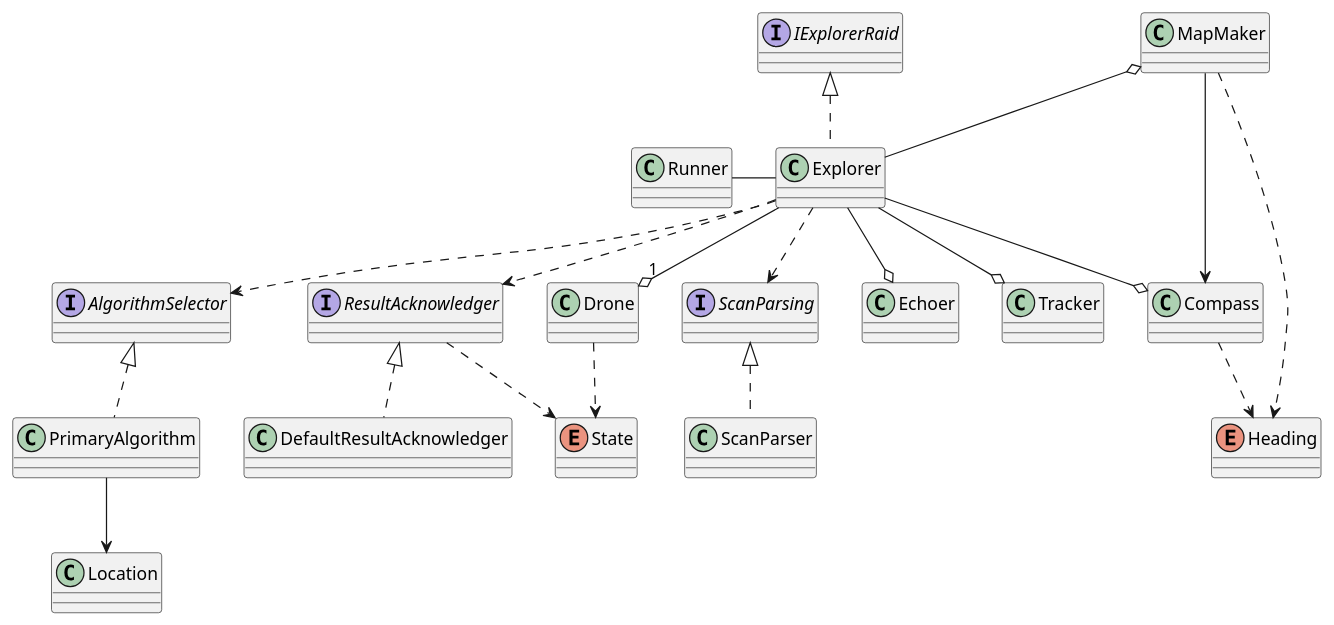
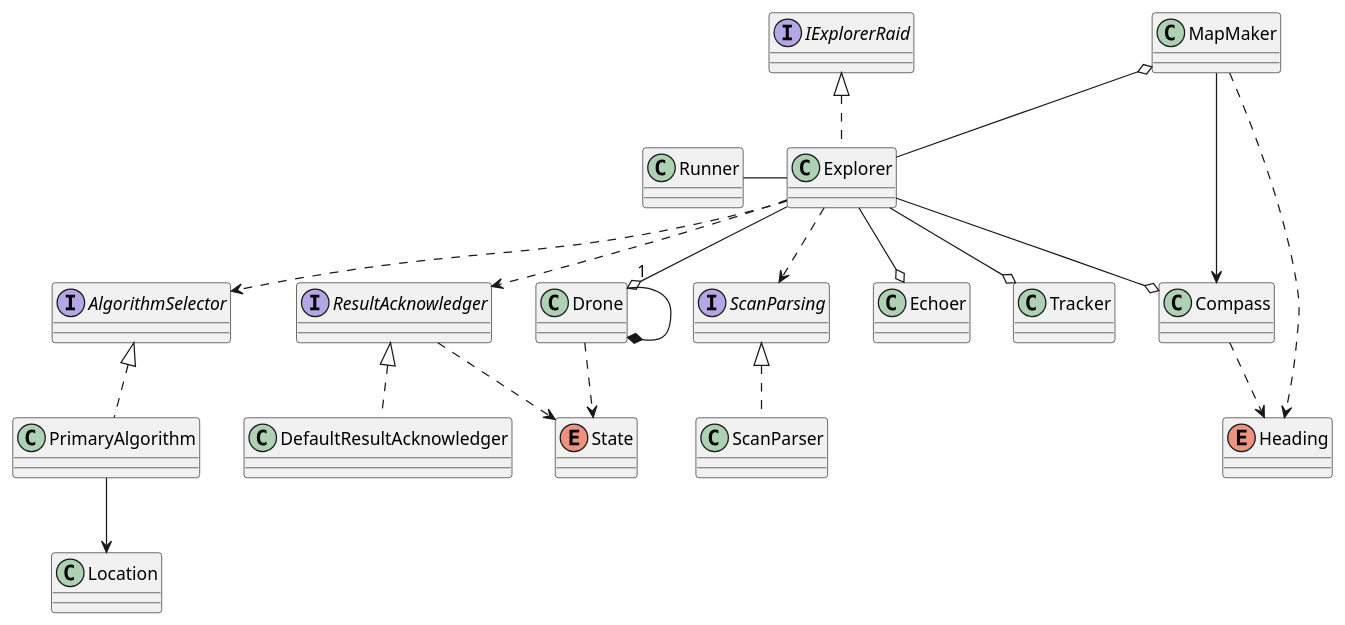
The diagram in UML Diagrams/HighLevelUML.plantuml (nehadst/Drone-Rescue), drawn with PlantUML before and after one commit. The commit also changed 2 other files, not shown here.

Commit message:
Added UML diagram with classes and methods for Singleton pattern and exported PNG #61

```diff
--- a/UML Diagrams/HighLevelUML.plantuml
+++ b/UML Diagrams/HighLevelUML.plantuml
@@ -1,45 +1,46 @@
 @startuml HighLevel_UML
 
 interface IExplorerRaid
 interface AlgorithmSelector
 interface ResultAcknowledger
 interface ScanParsing
 
 class Compass
 class DefaultResultAcknowledger implements ResultAcknowledger
 class Drone
 class Echoer
 class Explorer implements IExplorerRaid 
 class Location
 class MapMaker 
 class PrimaryAlgorithm implements AlgorithmSelector
 class Runner
 class ScanParser implements ScanParsing
 class Tracker
 
 enum State
 enum Heading
 
 Compass ..> Heading
 
 Drone ..> State
+Drone --* Drone
 
 Explorer --o  Echoer
 Explorer --o "1" Drone
 Explorer --o Compass
 Explorer ..> ScanParsing
 Explorer --o Tracker
 Explorer ..> AlgorithmSelector
 Explorer ..> ResultAcknowledger
 
 MapMaker --> Compass
 MapMaker o-- Explorer
 MapMaker ..> Heading
 
 PrimaryAlgorithm --> Location
 
 ResultAcknowledger ..> State
 
 Runner - Explorer
 
 @enduml
```
